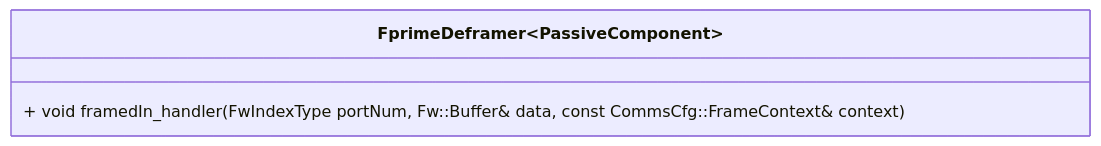
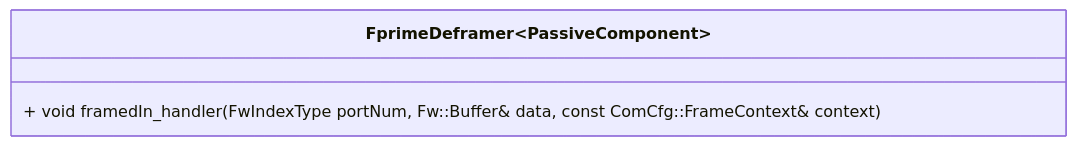
One commit to nasa/fprime changed the diagram in Svc/FprimeDeframer/docs/sdd.md. Above: the diagram before and after it, drawn with Mermaid. The commit also changed other lines of this file and 39 other files, not shown here.

````diff
--- a/Svc/FprimeDeframer/docs/sdd.md
+++ b/Svc/FprimeDeframer/docs/sdd.md
@@ -41,6 +41,6 @@
 ```mermaid
 classDiagram
     class FprimeDeframer~PassiveComponent~ {
-        + void framedIn_handler(FwIndexType portNum, Fw::Buffer& data, const CommsCfg::FrameContext& context)
+        + void framedIn_handler(FwIndexType portNum, Fw::Buffer& data, const ComCfg::FrameContext& context)
     }
 ```
````
